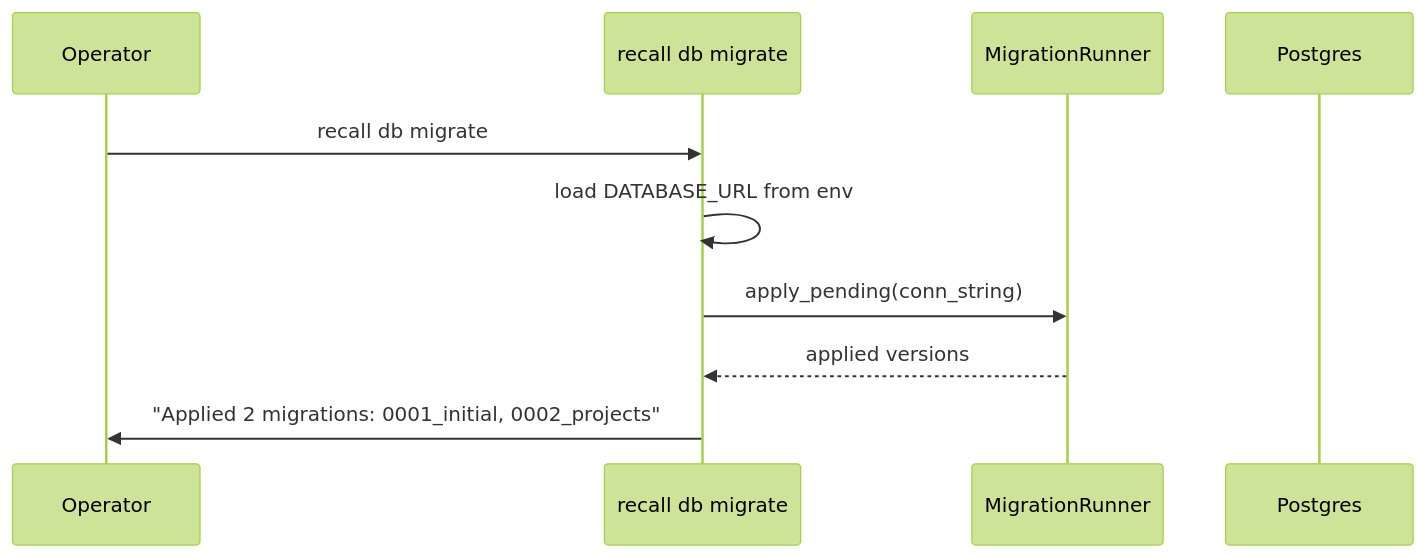
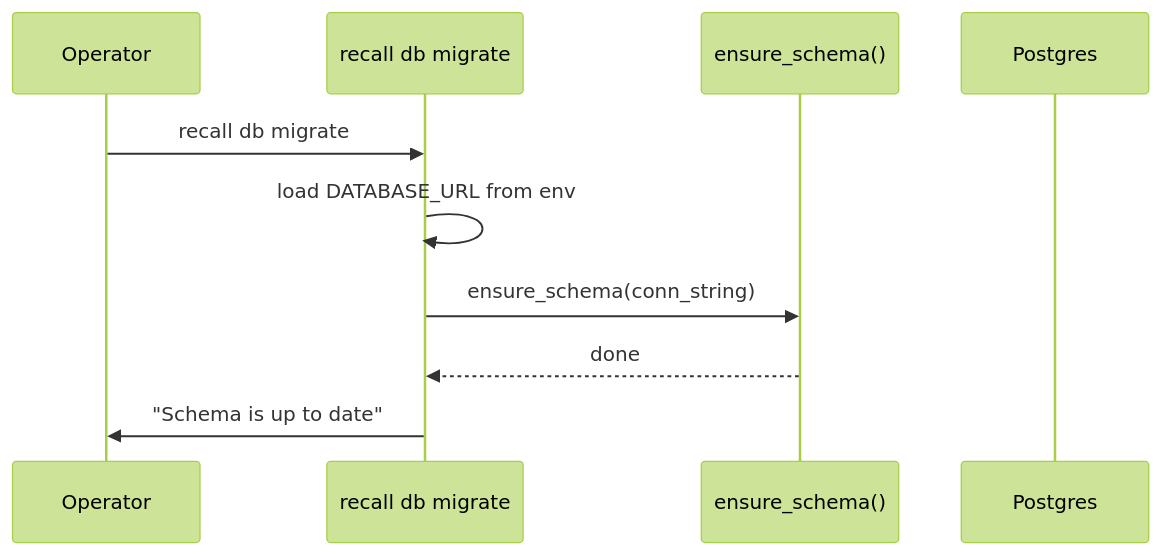
Before and after one commit to mironyx/recall: the second of 3 diagrams in docs/design/lld-e04-migration-runner.md, drawn with Mermaid (forest theme). The commit also changed other lines of this file and 34 other files, not shown here.

First line of the commit message:
feat: idempotent schema setup replacing migration runner (#76) (#83)

````diff
--- a/docs/design/lld-e04-migration-runner.md
+++ b/docs/design/lld-e04-migration-runner.md
@@ -49,13 +47,13 @@
 ```mermaid
 sequenceDiagram
     participant Op as Operator
     participant CLI as recall db migrate
-    participant MR as MigrationRunner
+    participant ES as ensure_schema()
     participant DB as Postgres
 
     Op->>CLI: recall db migrate
     CLI->>CLI: load DATABASE_URL from env
-    CLI->>MR: apply_pending(conn_string)
-    MR-->>CLI: applied versions
-    CLI->>Op: "Applied 2 migrations: 0001_initial, 0002_projects"
+    CLI->>ES: ensure_schema(conn_string)
+    ES-->>CLI: done
+    CLI->>Op: "Schema is up to date"
 ```
````
